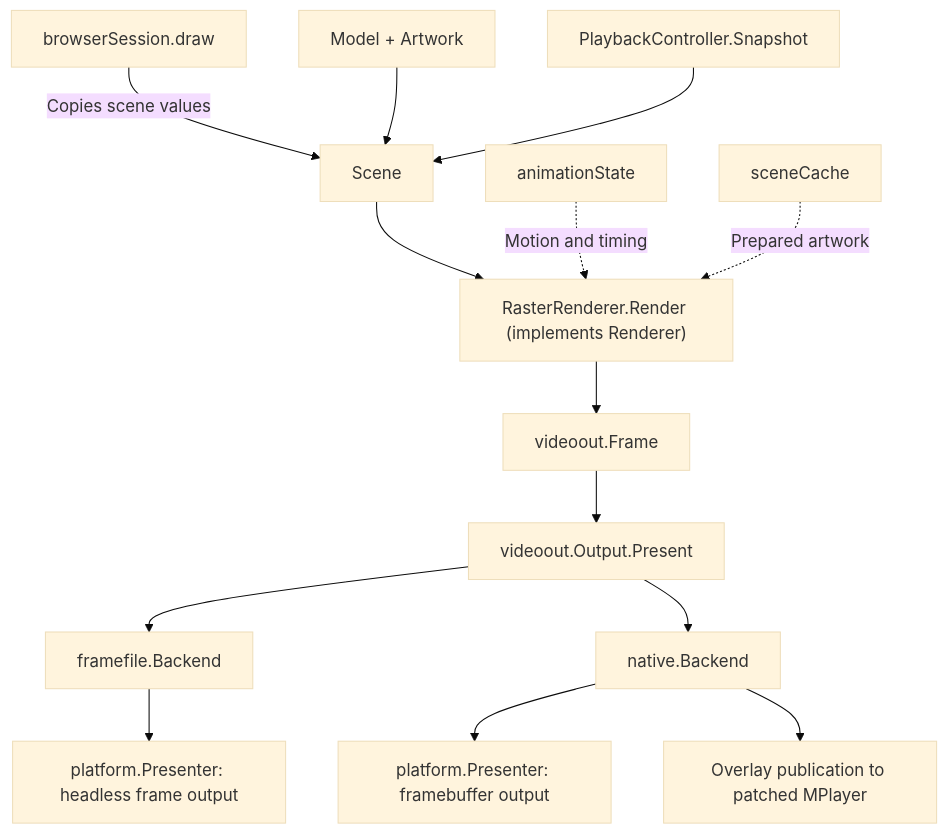
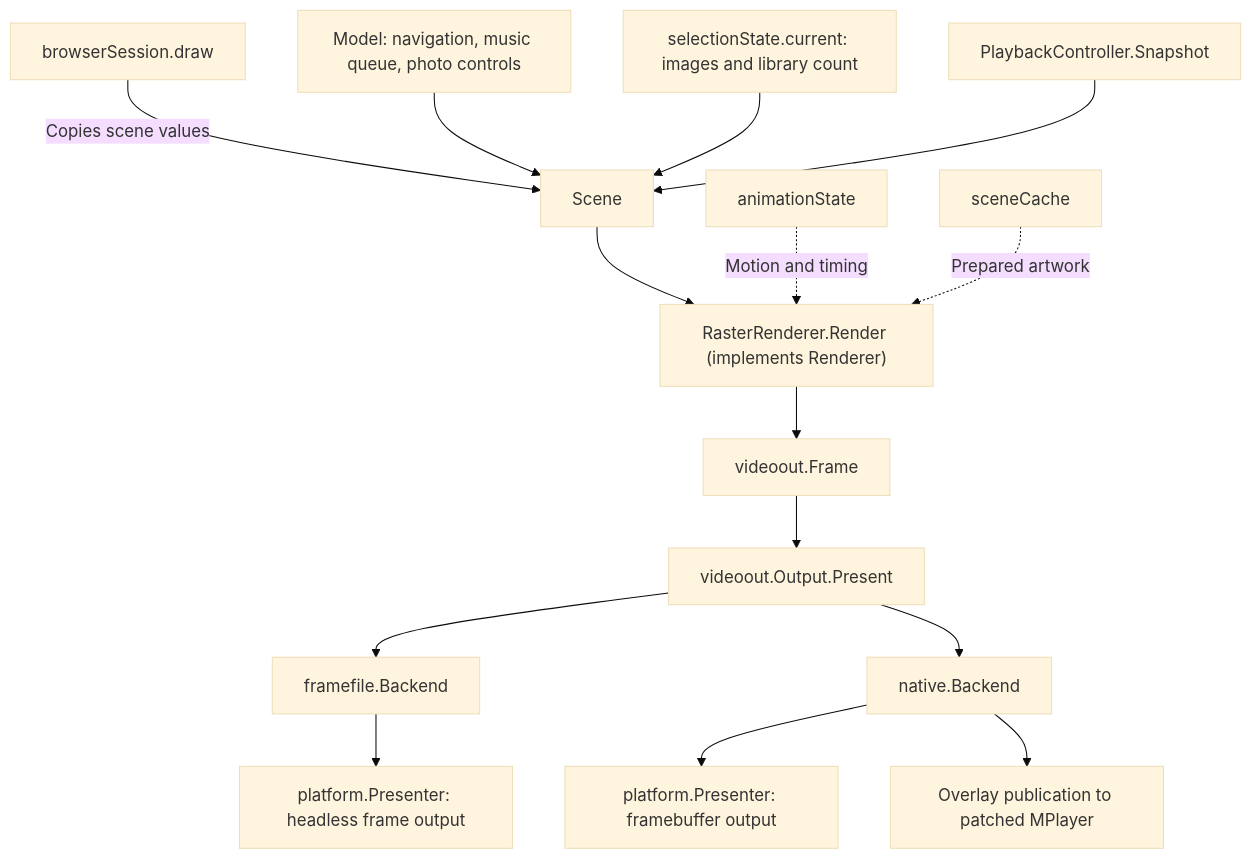
Before and after one commit to trentnix/misterfin-crt: the diagram in docs/GO_RENDERING.md, drawn with Mermaid (base theme). The commit also changed other lines of this file and 66 other files, not shown here.

````diff
--- a/docs/GO_RENDERING.md
+++ b/docs/GO_RENDERING.md
@@ -7,16 +9,17 @@
 ```mermaid
 flowchart TD
     Run["browserSession.draw"] -->|"Copies scene values"| Scene["Scene"]
-    Model["Model + Artwork"] --> Scene
+    Model["Model: navigation, music queue, photo controls"] --> Scene
+    Selection["selectionState.current: images and library count"] --> Scene
     Controller["PlaybackController.Snapshot"] --> Scene
     Scene --> Raster["RasterRenderer.Render (implements Renderer)"]
     Animation["animationState"] -.->|"Motion and timing"| Raster
     Cache["sceneCache"] -.->|"Prepared artwork"| Raster
     Raster --> Frame["videoout.Frame"]
     Frame --> Output["videoout.Output.Present"]
     Output --> Ghostty["framefile.Backend"]
     Output --> MiSTer["native.Backend"]
     Ghostty --> GP["platform.Presenter: headless frame output"]
     MiSTer --> MP["platform.Presenter: framebuffer output"]
     MiSTer --> Overlay["Overlay publication to patched MPlayer"]
 ```
````
